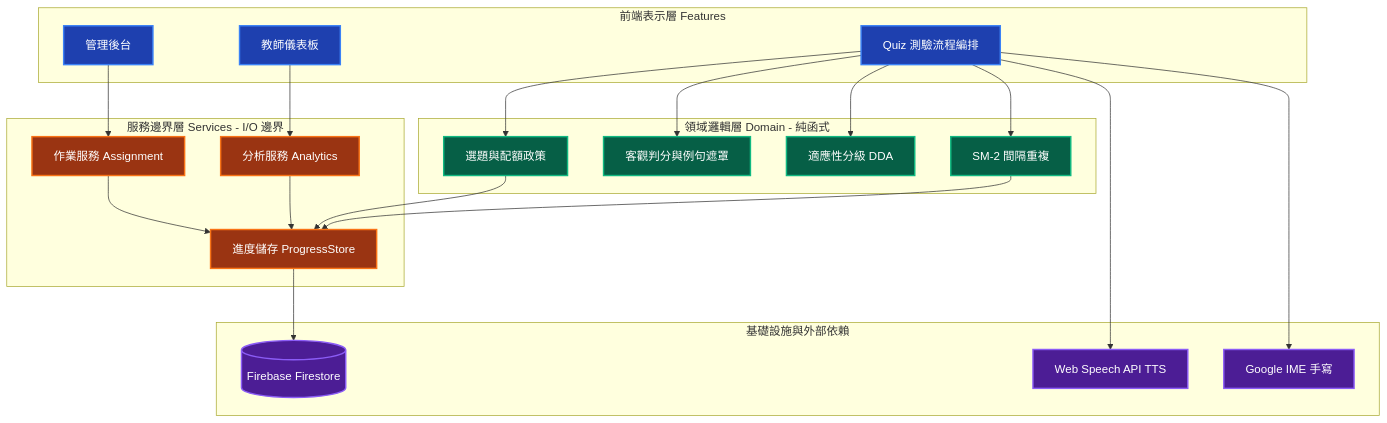
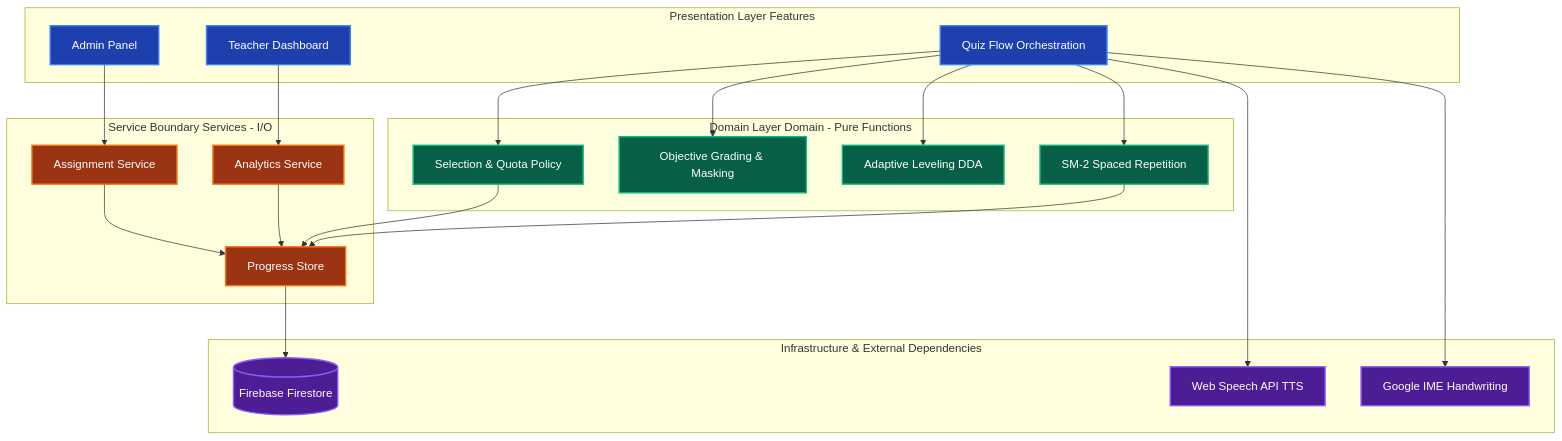
Before and after one commit to ylin3-learner/vocab-handwriting-trainer: the diagram in README.md, drawn with Mermaid.

Commit message:
fix REAME.md mermaid English subtitiles

````diff
--- a/README.md
+++ b/README.md
@@ -72,51 +72,51 @@
 ``` mermaid
 graph TD
-    %% 定義高對比度樣式（深色背景 + 白色文字），確保在淺色/深色主題下皆清晰可讀
+    %% High-contrast styling (dark background + white text) for readability in both light/dark GitHub themes
     classDef ui fill:#1e40af,stroke:#3b82f6,stroke-width:2px,color:#ffffff;
     classDef domain fill:#065f46,stroke:#10b981,stroke-width:2px,color:#ffffff;
     classDef service fill:#9a3412,stroke:#f97316,stroke-width:2px,color:#ffffff;
     classDef infra fill:#4c1d95,stroke:#8b5cf6,stroke-width:2px,color:#ffffff;
 
-    subgraph Features [前端表示層 Features]
-        UI_Quiz[Quiz 測驗流程編排]:::ui
-        UI_Dash[教師儀表板]:::ui
-        UI_Admin[管理後台]:::ui
+    subgraph Features [Presentation Layer Features]
+        UI_Quiz[Quiz Flow Orchestration]:::ui
+        UI_Dash[Teacher Dashboard]:::ui
+        UI_Admin[Admin Panel]:::ui
     end
 
-    subgraph Domain [領域邏輯層 Domain - 純函式]
-        D_SM2[SM-2 間隔重複]:::domain
-        D_Grade[客觀判分與例句遮罩]:::domain
-        D_DDA[適應性分級 DDA]:::domain
-        D_Select[選題與配額政策]:::domain
+    subgraph Domain [Domain Layer Domain - Pure Functions]
+        D_SM2[SM-2 Spaced Repetition]:::domain
+        D_Grade[Objective Grading & Masking]:::domain
+        D_DDA[Adaptive Leveling DDA]:::domain
+        D_Select[Selection & Quota Policy]:::domain
     end
 
-    subgraph Services [服務邊界層 Services - I/O 邊界]
-        S_Store[進度儲存 ProgressStore]:::service
-        S_Analytics[分析服務 Analytics]:::service
-        S_Assign[作業服務 Assignment]:::service
+    subgraph Services [Service Boundary Services - I/O]
+        S_Store[Progress Store]:::service
+        S_Analytics[Analytics Service]:::service
+        S_Assign[Assignment Service]:::service
     end
 
-    subgraph Infrastructure [基礎設施與外部依賴]
+    subgraph Infrastructure [Infrastructure & External Dependencies]
         I_Firebase[(Firebase Firestore)]:::infra
         I_TTS[Web Speech API TTS]:::infra
-        I_IME[Google IME 手寫]:::infra
+        I_IME[Google IME Handwriting]:::infra
     end
 
-    %% 依賴關係：由上而下單向依賴
+    %% Unidirectional dependency flow
     UI_Quiz --> D_SM2
     UI_Quiz --> D_Grade
     UI_Quiz --> D_DDA
     UI_Quiz --> D_Select
 
     UI_Dash --> S_Analytics
     UI_Admin --> S_Assign
 
     D_SM2 --> S_Store
     D_Select --> S_Store
     S_Analytics --> S_Store
     S_Assign --> S_Store
 
     S_Store --> I_Firebase
     UI_Quiz --> I_TTS
     UI_Quiz --> I_IME
 ```
````
